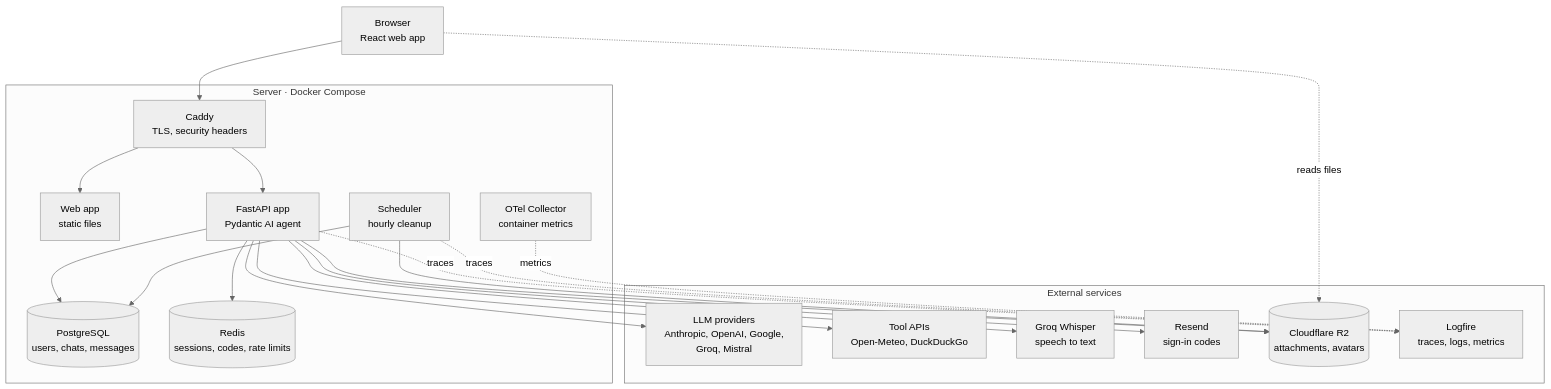
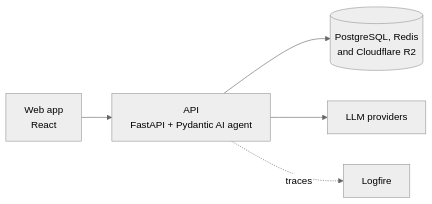
The diagram in README.md (mekanbaymyradov/AI-Hub), drawn with Mermaid (neutral theme) before and after one commit.

Commit message:
docs(readme): simplify the architecture diagram
Five boxes instead of thirteen: the web app, the API with its agent,
storage, the LLM providers and Logfire. The paragraph above it still
says where it runs and how it deploys.

````diff
--- a/README.md
+++ b/README.md
@@ -87,34 +87,7 @@
 ```mermaid
-flowchart TB
-    browser["Browser<br/>React web app"]
-
-    subgraph server["Server · Docker Compose"]
-        caddy["Caddy<br/>TLS, security headers"]
-        web["Web app<br/>static files"]
-        api["FastAPI app<br/>Pydantic AI agent"]
-        scheduler["Scheduler<br/>hourly cleanup"]
-        postgres[("PostgreSQL<br/>users, chats, messages")]
-        redis[("Redis<br/>sessions, codes, rate limits")]
-        collector["OTel Collector<br/>container metrics"]
-    end
-
-    subgraph external["External services"]
-        llms["LLM providers<br/>Anthropic, OpenAI, Google,<br/>Groq, Mistral"]
-        tools["Tool APIs<br/>Open-Meteo, DuckDuckGo"]
-        whisper["Groq Whisper<br/>speech to text"]
-        resend["Resend<br/>sign-in codes"]
-        r2[("Cloudflare R2<br/>attachments, avatars")]
-        logfire["Logfire<br/>traces, logs, metrics"]
-    end
-
-    browser --> caddy
-    caddy --> web
-    caddy --> api
-    browser -. "reads files" .-> r2
-    api --> postgres & redis & r2
-    api --> llms & tools & whisper & resend
-    scheduler --> postgres & r2
-    api -. traces .-> logfire
-    scheduler -. traces .-> logfire
-    collector -. metrics .-> logfire
+flowchart LR
+    web["Web app<br/>React"] --> api["API<br/>FastAPI + Pydantic AI agent"]
+    api --> data[("PostgreSQL, Redis<br/>and Cloudflare R2")]
+    api --> llms["LLM providers"]
+    api -. traces .-> logfire["Logfire"]
 ```
````
